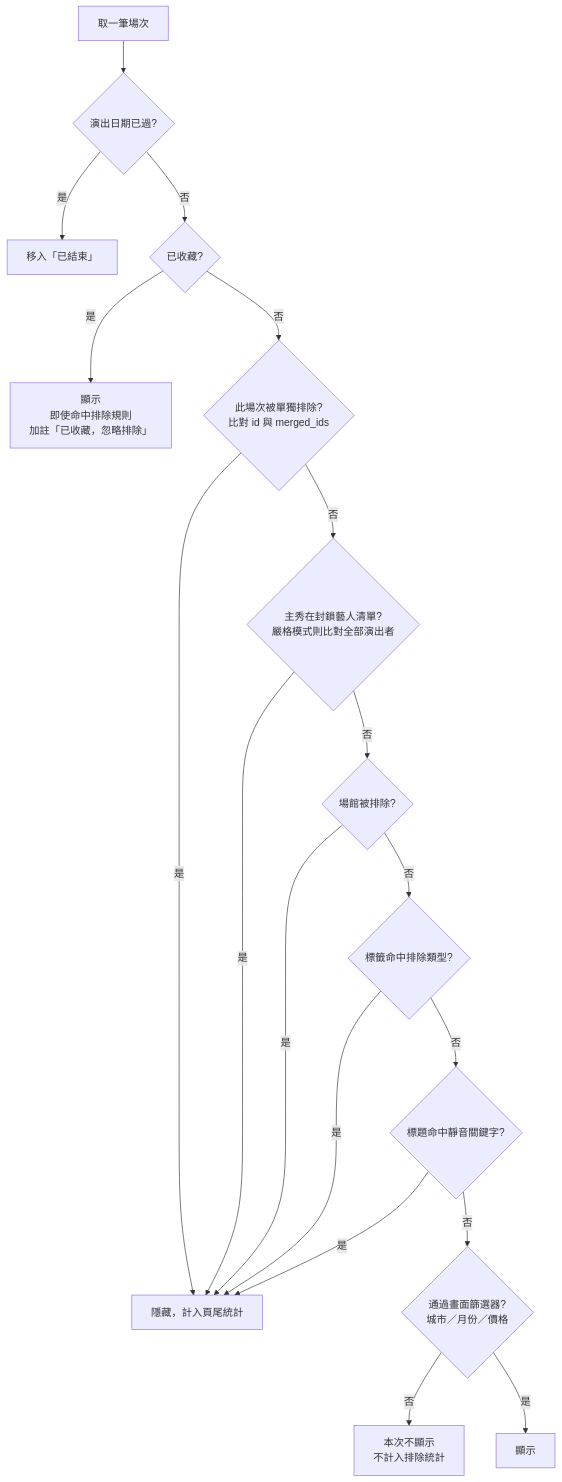
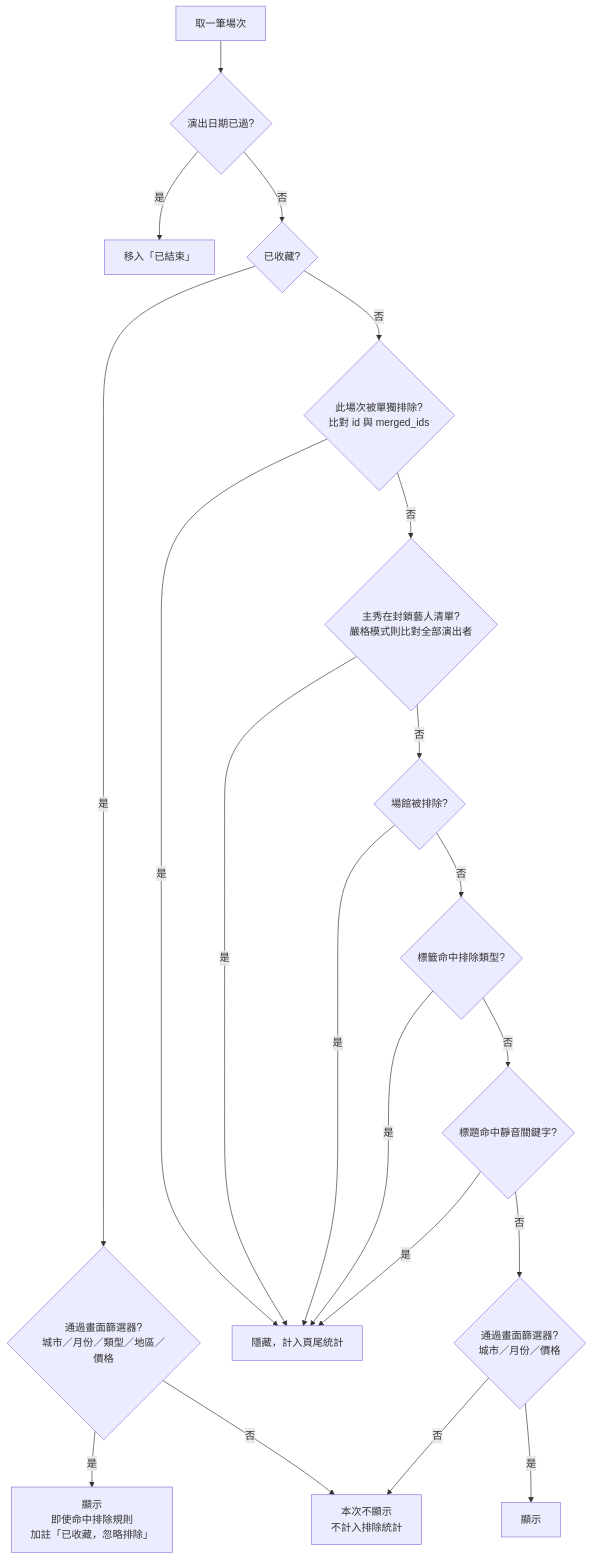
One commit to liveradar/liveradar.github.io changed the third of 5 diagrams in LIVERADAR-SRS.md. Above: the diagram before and after it, drawn with Mermaid. The commit also changed other lines of this file and 5 other files, not shown here.

````diff
--- a/LIVERADAR-SRS.md
+++ b/LIVERADAR-SRS.md
@@ -328,20 +330,22 @@
 ```mermaid
 flowchart TD
     S[取一筆場次] --> T1{演出日期已過?}
     T1 -->|是| X1[移入「已結束」]
     T1 -->|否| T2{已收藏?}
-    T2 -->|是| Y1[顯示<br/>即使命中排除規則<br/>加註「已收藏，忽略排除」]
+    T2 -->|是| T8b{通過畫面篩選器?<br/>城市／月份／類型／地區／價格}
+    T8b -->|是| Y1[顯示<br/>即使命中排除規則<br/>加註「已收藏，忽略排除」]
+    T8b -->|否| X3
     T2 -->|否| T3{此場次被單獨排除?<br/>比對 id 與 merged_ids}
     T3 -->|是| X2[隱藏，計入頁尾統計]
     T3 -->|否| T4{主秀在封鎖藝人清單?<br/>嚴格模式則比對全部演出者}
     T4 -->|是| X2
     T4 -->|否| T5{場館被排除?}
     T5 -->|是| X2
     T5 -->|否| T6{標籤命中排除類型?}
     T6 -->|是| X2
     T6 -->|否| T7{標題命中靜音關鍵字?}
     T7 -->|是| X2
     T7 -->|否| T8{通過畫面篩選器?<br/>城市／月份／價格}
     T8 -->|否| X3[本次不顯示<br/>不計入排除統計]
     T8 -->|是| Y2[顯示]
 ```
````
